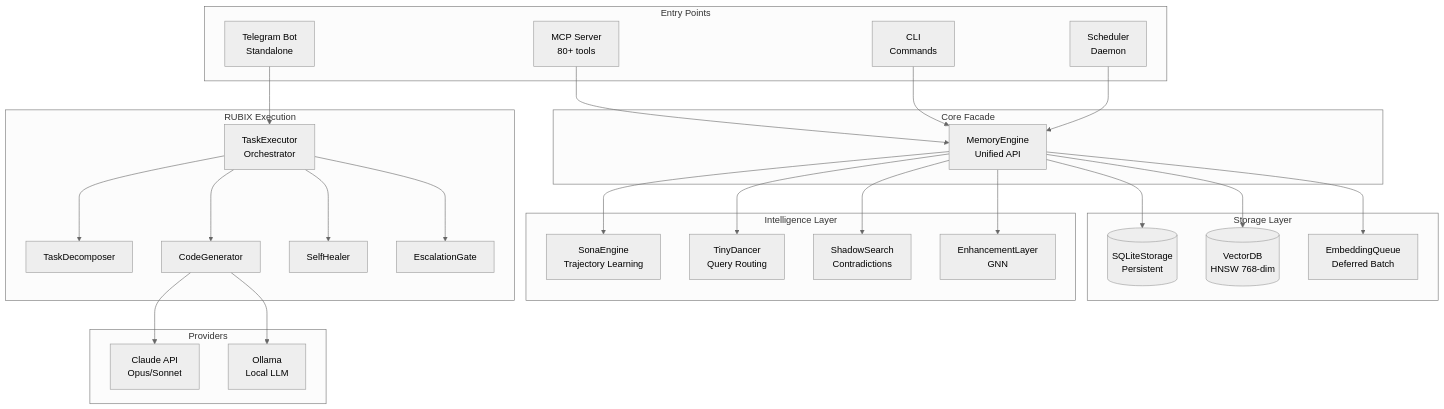
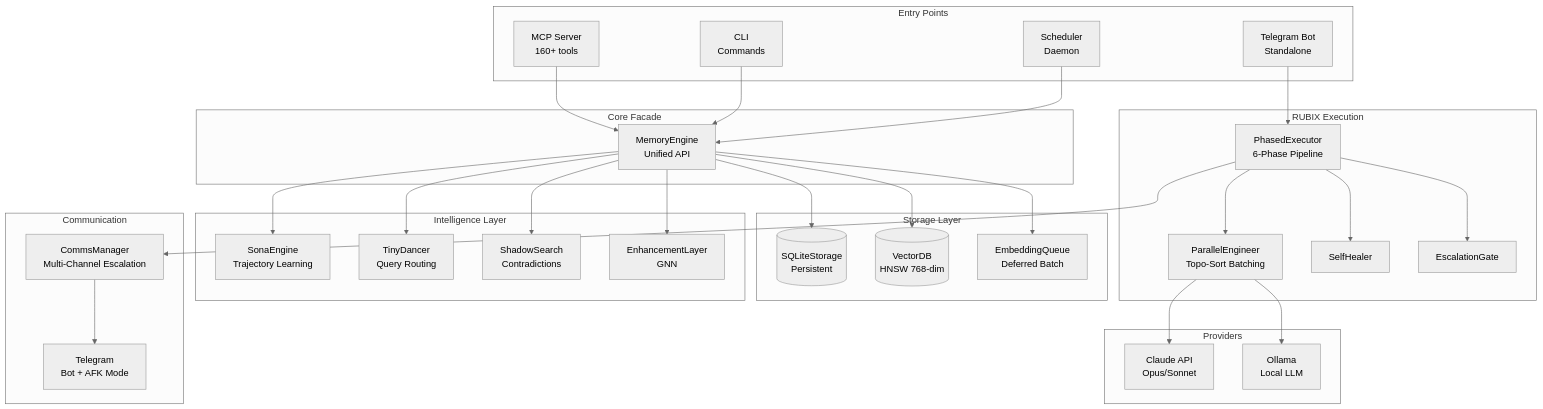
One commit to BobbyRuby/rubix-protocol changed the diagram in docs/index.md. Above: the diagram before and after it, drawn with Mermaid (neutral theme). The commit also changed other lines of this file and 44 other files, not shown here.

````diff
--- a/docs/index.md
+++ b/docs/index.md
@@ -7,60 +7,66 @@
 ```mermaid
 graph TB
     subgraph "Entry Points"
-        MCP[MCP Server<br/>80+ tools]
+        MCP[MCP Server<br/>160+ tools]
         CLI[CLI<br/>Commands]
         TG[Telegram Bot<br/>Standalone]
         SCHED[Scheduler<br/>Daemon]
     end
 
     subgraph "Core Facade"
         ME[MemoryEngine<br/>Unified API]
     end
 
     subgraph "Storage Layer"
         SQL[(SQLiteStorage<br/>Persistent)]
         HNSW[(VectorDB<br/>HNSW 768-dim)]
         EQ[EmbeddingQueue<br/>Deferred Batch]
     end
 
     subgraph "Intelligence Layer"
         SONA[SonaEngine<br/>Trajectory Learning]
         TD[TinyDancer<br/>Query Routing]
         SS[ShadowSearch<br/>Contradictions]
         GNN[EnhancementLayer<br/>GNN]
     end
 
     subgraph "RUBIX Execution"
-        TE[TaskExecutor<br/>Orchestrator]
-        TD2[TaskDecomposer]
-        CG[CodeGenerator]
+        PE[PhasedExecutor<br/>6-Phase Pipeline]
+        PAR[ParallelEngineer<br/>Topo-Sort Batching]
         SH[SelfHealer]
         EG[EscalationGate]
+    end
+
+    subgraph "Communication"
+        CM[CommsManager<br/>Multi-Channel Escalation]
+        TGB[Telegram<br/>Bot + AFK Mode]
     end
 
     subgraph "Providers"
         CLAUDE[Claude API<br/>Opus/Sonnet]
         OLLAMA[Ollama<br/>Local LLM]
     end
 
     MCP --> ME
     CLI --> ME
-    TG --> TE
+    TG --> PE
     SCHED --> ME
 
     ME --> SQL
     ME --> HNSW
     ME --> EQ
     ME --> SONA
     ME --> TD
     ME --> SS
     ME --> GNN
 
-    TE --> TD2
-    TE --> CG
-    TE --> SH
-    TE --> EG
+    PE --> PAR
+    PE --> SH
+    PE --> EG
+    PE --> CM
 
-    CG --> CLAUDE
-    CG --> OLLAMA
+    CM --> TGB
+
+    PAR --> CLAUDE
+    PAR --> OLLAMA
 ```
````
